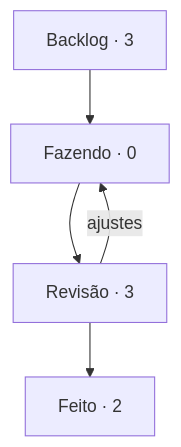
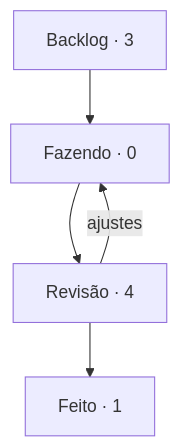
One commit to StudioVibi/VibiKanban changed the diagram in BOARD.md. Above: the diagram before and after it, drawn with Mermaid. The commit also changed other lines of this file and 1 other file, not shown here.

Commit message:
board: VK-8 Feito → Revisão (@isabellaherman)

````diff
--- a/BOARD.md
+++ b/BOARD.md
@@ -5,10 +5,10 @@
 ```mermaid
 flowchart TD
   backlog["Backlog · 3"] --> doing["Fazendo · 0"]
-  doing --> review["Revisão · 3"]
-  review --> done["Feito · 2"]
+  doing --> review["Revisão · 4"]
+  review --> done["Feito · 1"]
   review -->|ajustes| doing
   doing:::blue
   review:::yellow
   done:::green
 ```
````
